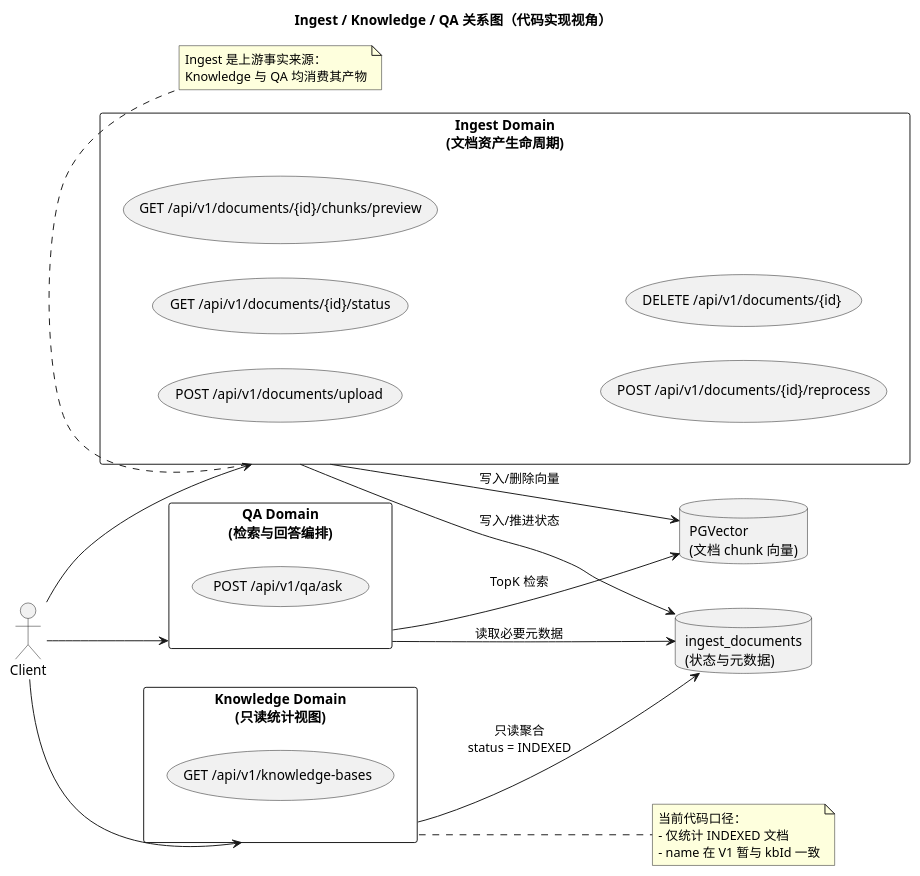
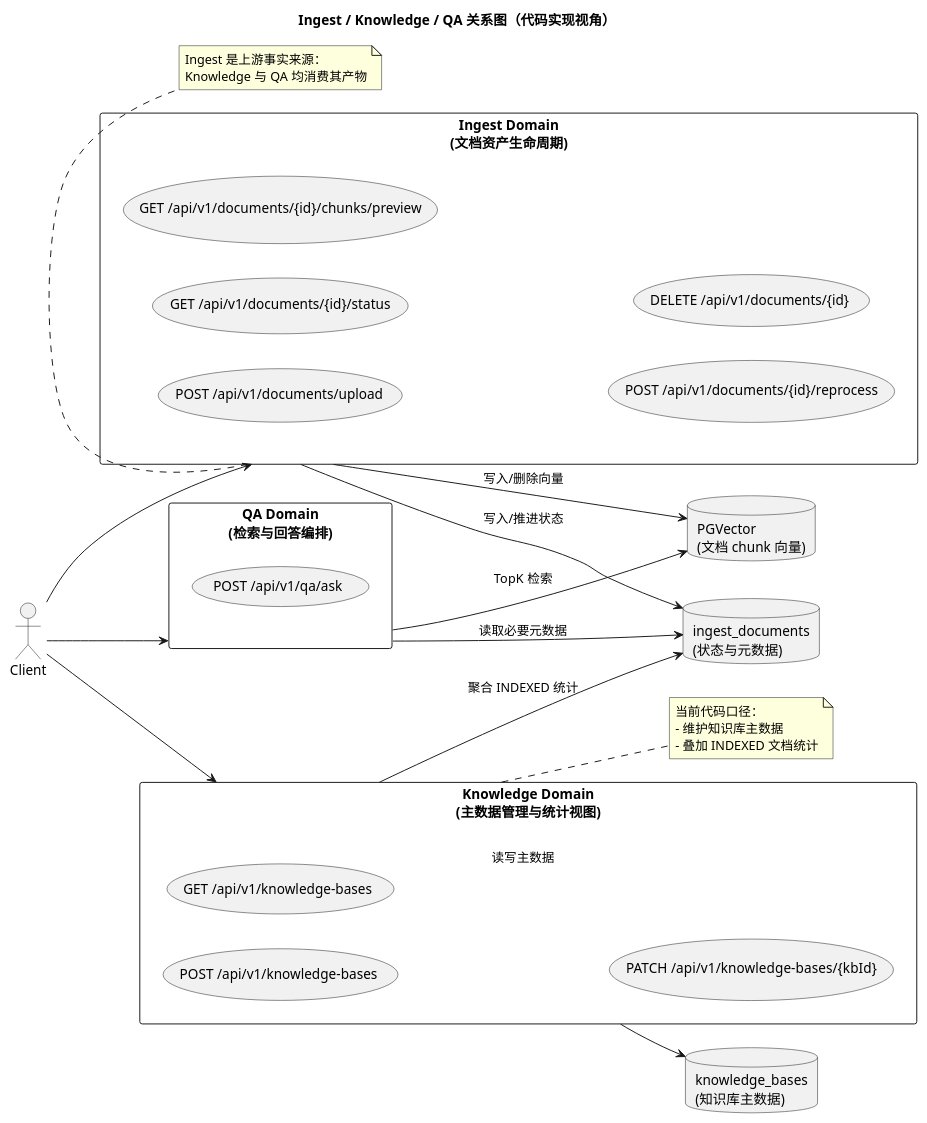
Before and after one commit to pop1414/my-AI: the diagram in docs/architecture/diagrams/ingest-knowledge-qa-relations.puml, drawn with PlantUML. The commit also changed other lines of this file and 5 other files, not shown here.

```diff
--- a/docs/architecture/diagrams/ingest-knowledge-qa-relations.puml
+++ b/docs/architecture/diagrams/ingest-knowledge-qa-relations.puml
@@ -1,56 +1,60 @@
 @startuml
 title Ingest / Knowledge / QA 关系图（代码实现视角）
 
 ' Scope:
 ' - 子域职责边界
 ' - 数据流向与依赖方向
 ' - 已实现 API 的挂载位置
 
 left to right direction
 skinparam shadowing false
 skinparam packageStyle rectangle
 
 actor "Client" as Client
 
 rectangle "Ingest Domain\n(文档资产生命周期)" as Ingest {
   usecase "POST /api/v1/documents/upload" as UC_Upload
   usecase "GET /api/v1/documents/{id}/status" as UC_Status
   usecase "GET /api/v1/documents/{id}/chunks/preview" as UC_Preview
   usecase "POST /api/v1/documents/{id}/reprocess" as UC_Reprocess
   usecase "DELETE /api/v1/documents/{id}" as UC_Delete
 }
 
-rectangle "Knowledge Domain\n(只读统计视图)" as Knowledge {
-  usecase "GET /api/v1/knowledge-bases" as UC_KB
+rectangle "Knowledge Domain\n(主数据管理与统计视图)" as Knowledge {
+  usecase "POST /api/v1/knowledge-bases" as UC_KB_Create
+  usecase "GET /api/v1/knowledge-bases" as UC_KB_List
+  usecase "PATCH /api/v1/knowledge-bases/{kbId}" as UC_KB_Update
 }
 
 rectangle "QA Domain\n(检索与回答编排)" as QA {
   usecase "POST /api/v1/qa/ask" as UC_Ask
 }
 
 database "ingest_documents\n(状态与元数据)" as TableDocs
+database "knowledge_bases\n(知识库主数据)" as TableKB
 database "PGVector\n(文档 chunk 向量)" as VDB
 
 Client --> Ingest
 Client --> Knowledge
 Client --> QA
 
 Ingest --> TableDocs : 写入/推进状态
 Ingest --> VDB : 写入/删除向量
 
-Knowledge --> TableDocs : 只读聚合\nstatus = INDEXED
+Knowledge --> TableKB : 读写主数据
+Knowledge --> TableDocs : 聚合 INDEXED 统计
 QA --> VDB : TopK 检索
 QA --> TableDocs : 读取必要元数据
 
 note right of Knowledge
 当前代码口径：
-- 仅统计 INDEXED 文档
-- name 在 V1 暂与 kbId 一致
+- 维护知识库主数据
+- 叠加 INDEXED 文档统计
 end note
 
 note bottom of Ingest
 Ingest 是上游事实来源：
 Knowledge 与 QA 均消费其产物
 end note
 
 @enduml
```
